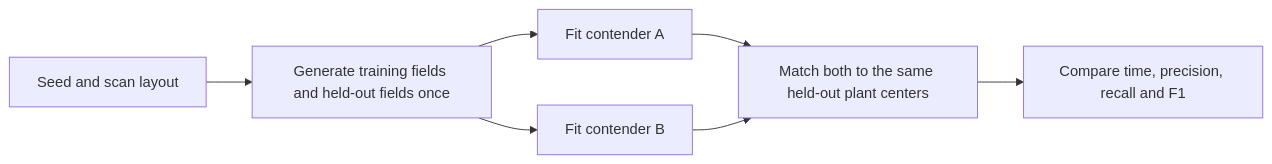
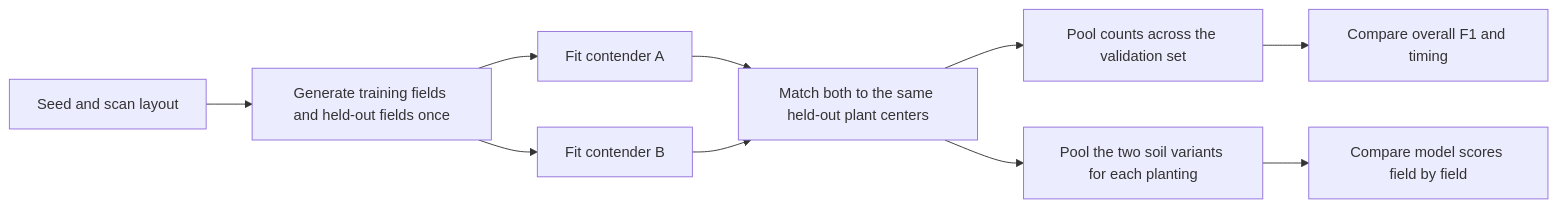
The fourth of 4 diagrams in README.md (mvalancy/crop-trainer), drawn with Mermaid before and after one commit. The commit also changed other lines of this file and 7 other files, not shown here.

Commit message:
Compare detector scores on matched held-out plantings

````diff
--- a/README.md
+++ b/README.md
@@ -97,9 +97,12 @@
 ```mermaid
 flowchart LR
   A[Seed and scan layout] --> B[Generate training fields and held-out fields once]
   B --> C[Fit contender A]
   B --> D[Fit contender B]
   C --> E[Match both to the same held-out plant centers]
   D --> E
-  E --> F[Compare time, precision, recall and F1]
+  E --> F[Pool counts across the validation set]
+  E --> G[Pool the two soil variants for each planting]
+  F --> H[Compare overall F1 and timing]
+  G --> I[Compare model scores field by field]
 ```
````
